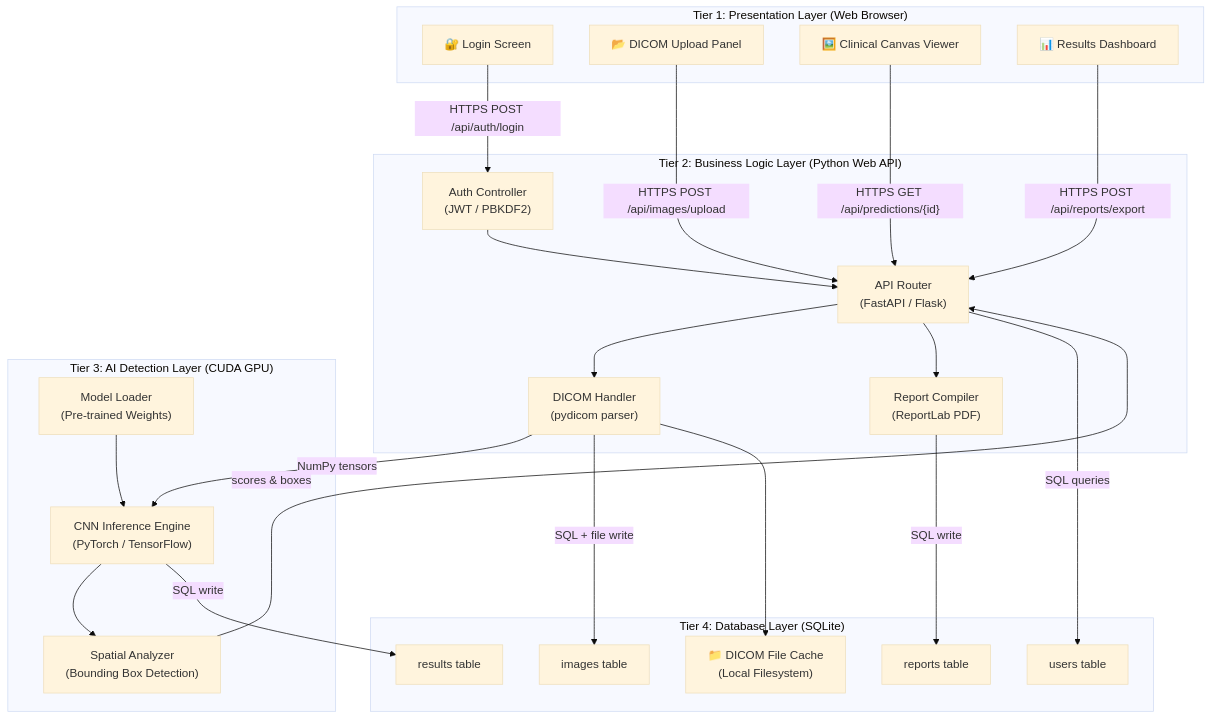
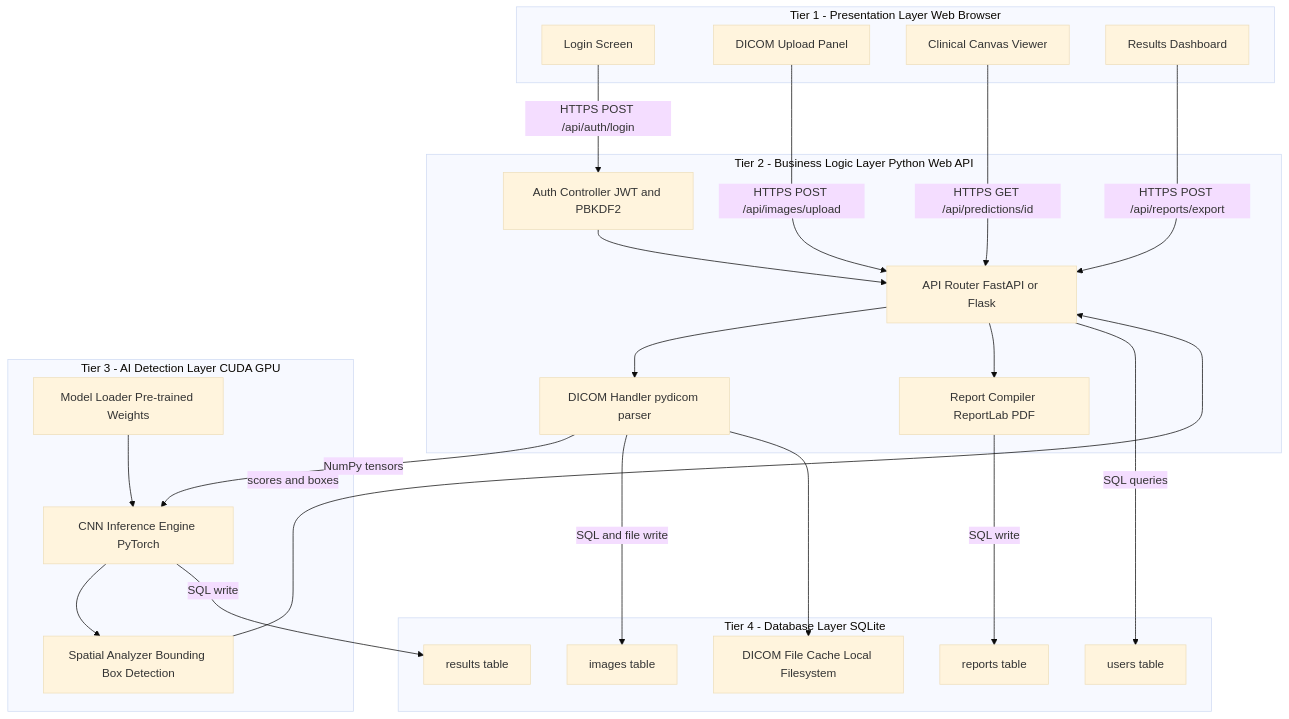
One commit to alirezakavianifar/Medical-Image-Based-Disease-Detection-and-Classification-System changed the diagram in diagrams/architecture_system_layers.md. Above: the diagram before and after it, drawn with Mermaid (base theme). The commit also changed other lines of this file and 7 other files, not shown here.

Commit message:
INFRA: Fix all Mermaid diagrams for GitHub v8.8.0 compatibility

````diff
--- a/diagrams/architecture_system_layers.md
+++ b/diagrams/architecture_system_layers.md
@@ -12,49 +12,49 @@
 ```mermaid
 graph TB
-    subgraph "Tier 1: Presentation Layer (Web Browser)"
-        UI_Login["🔐 Login Screen"]
-        UI_Upload["📂 DICOM Upload Panel"]
-        UI_Canvas["🖼️ Clinical Canvas Viewer"]
-        UI_Dashboard["📊 Results Dashboard"]
+    subgraph "Tier 1 - Presentation Layer Web Browser"
+        UI_Login["Login Screen"]
+        UI_Upload["DICOM Upload Panel"]
+        UI_Canvas["Clinical Canvas Viewer"]
+        UI_Dashboard["Results Dashboard"]
     end
 
-    subgraph "Tier 2: Business Logic Layer (Python Web API)"
-        Auth["Auth Controller\n(JWT / PBKDF2)"]
-        Router["API Router\n(FastAPI / Flask)"]
-        DICOM_Handler["DICOM Handler\n(pydicom parser)"]
-        Report_Compiler["Report Compiler\n(ReportLab PDF)"]
+    subgraph "Tier 2 - Business Logic Layer Python Web API"
+        Auth["Auth Controller JWT and PBKDF2"]
+        Router["API Router FastAPI or Flask"]
+        DICOM_Handler["DICOM Handler pydicom parser"]
+        Report_Compiler["Report Compiler ReportLab PDF"]
     end
 
-    subgraph "Tier 3: AI Detection Layer (CUDA GPU)"
-        Model_Loader["Model Loader\n(Pre-trained Weights)"]
-        Inference["CNN Inference Engine\n(PyTorch / TensorFlow)"]
-        Spatial["Spatial Analyzer\n(Bounding Box Detection)"]
+    subgraph "Tier 3 - AI Detection Layer CUDA GPU"
+        Model_Loader["Model Loader Pre-trained Weights"]
+        Inference["CNN Inference Engine PyTorch"]
+        Spatial["Spatial Analyzer Bounding Box Detection"]
     end
 
-    subgraph "Tier 4: Database Layer (SQLite)"
+    subgraph "Tier 4 - Database Layer SQLite"
         DB_Users["users table"]
         DB_Images["images table"]
         DB_Results["results table"]
         DB_Reports["reports table"]
-        FileStore["📁 DICOM File Cache\n(Local Filesystem)"]
+        FileStore["DICOM File Cache Local Filesystem"]
     end
 
     UI_Login -->|"HTTPS POST /api/auth/login"| Auth
     UI_Upload -->|"HTTPS POST /api/images/upload"| Router
-    UI_Canvas -->|"HTTPS GET /api/predictions/{id}"| Router
+    UI_Canvas -->|"HTTPS GET /api/predictions/id"| Router
     UI_Dashboard -->|"HTTPS POST /api/reports/export"| Router
 
     Auth --> Router
     Router --> DICOM_Handler
     Router --> Report_Compiler
     DICOM_Handler -->|"NumPy tensors"| Inference
     Model_Loader --> Inference
     Inference --> Spatial
-    Spatial -->|"scores & boxes"| Router
+    Spatial -->|"scores and boxes"| Router
 
     Router -->|"SQL queries"| DB_Users
-    DICOM_Handler -->|"SQL + file write"| DB_Images
+    DICOM_Handler -->|"SQL and file write"| DB_Images
     DICOM_Handler --> FileStore
     Inference -->|"SQL write"| DB_Results
     Report_Compiler -->|"SQL write"| DB_Reports
 ```
````
